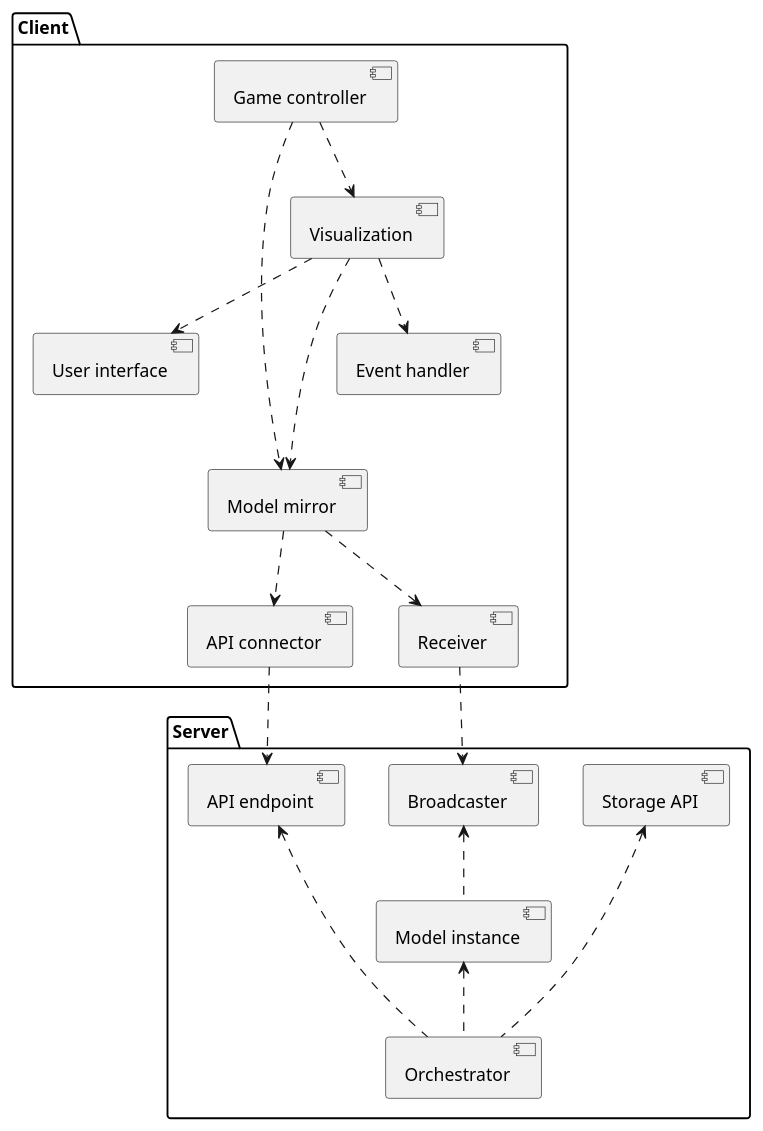
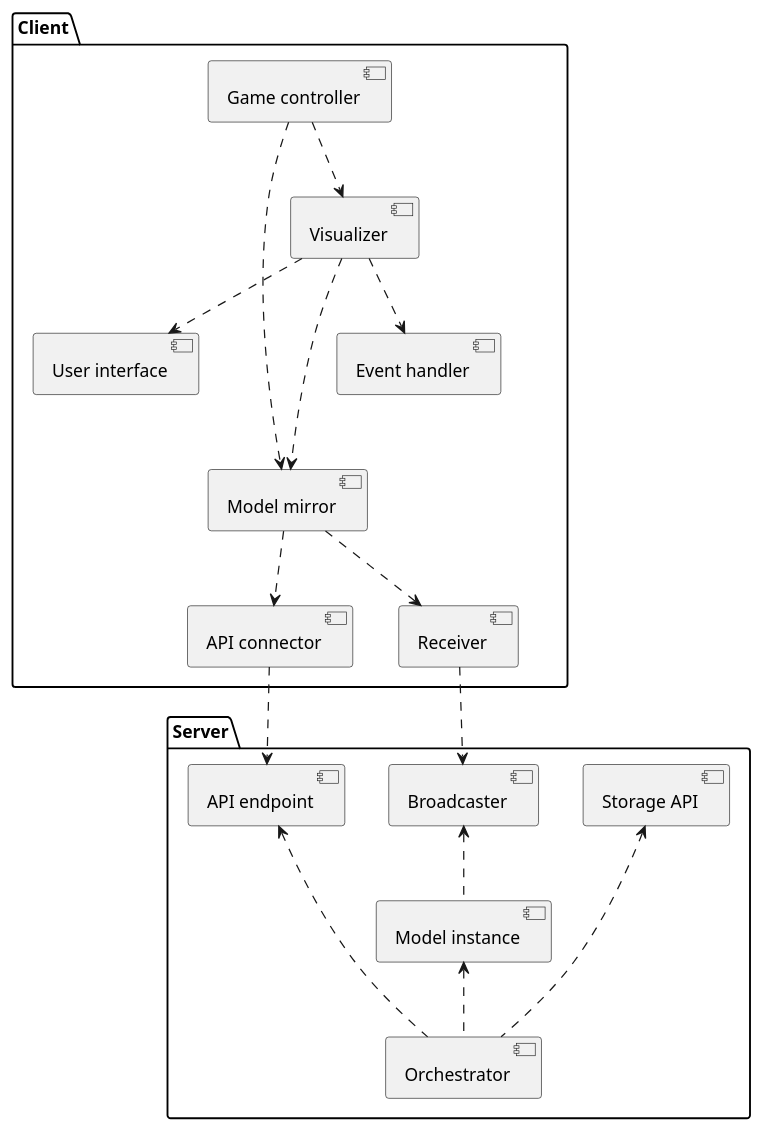
Before and after one commit to SWA-group-1/PlantUML: the diagram in Development/Component/ClientServer.puml, drawn with PlantUML. The commit also changed 9 other files, not shown here.

Commit message:
Rename visualization to visualizer. #6

```diff
--- a/Development/Component/ClientServer.puml
+++ b/Development/Component/ClientServer.puml
@@ -1,47 +1,47 @@
 @startuml
 'https://plantuml.com/component-diagram
 
 package "Server" {
     component "API endpoint" as endpoint
     component "Broadcaster" as broadcaster
     component "Model instance" as model
     component "Orchestrator" as orchestrator
     component "Storage API" as storage
 
     orchestrator .up.> endpoint
     orchestrator .up.> model
     orchestrator .up.> storage
     model -[hidden]up- endpoint
     model .up.> broadcaster
     model -[hidden]up- storage
 }
 
 package "Client" {
     component "Event handler" as event
     component "Game controller" as controller
     component "Model mirror" as mirror
     component "Receiver" as receiver
     component "API connector" as connector
-    component "Visualization" as visualization
+    component "Visualizer" as visualizer
     component "User interface" as ui
 
-    controller .down.> visualization
+    controller .down.> visualizer
     controller .down.> mirror
-    visualization .down.> event
-    visualization .down.> mirror
-    visualization -[hidden]down- receiver
-    visualization .down.> ui
+    visualizer .down.> event
+    visualizer .down.> mirror
+    visualizer -[hidden]down- receiver
+    visualizer .down.> ui
     event -[hidden]- mirror
     event -[hidden]- receiver
     event -[hidden]- connector
     ui -[hidden]- mirror
     ui -[hidden]- receiver
     ui -[hidden]- connector
     mirror ..> connector
     mirror ..> receiver
 }
 
 receiver ..> broadcaster
 connector ..> endpoint
 
 @enduml
```
